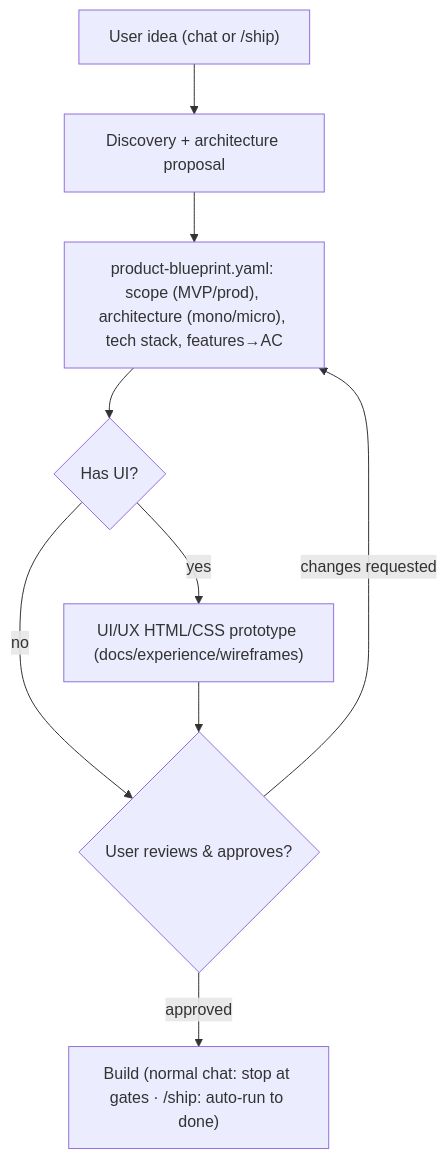
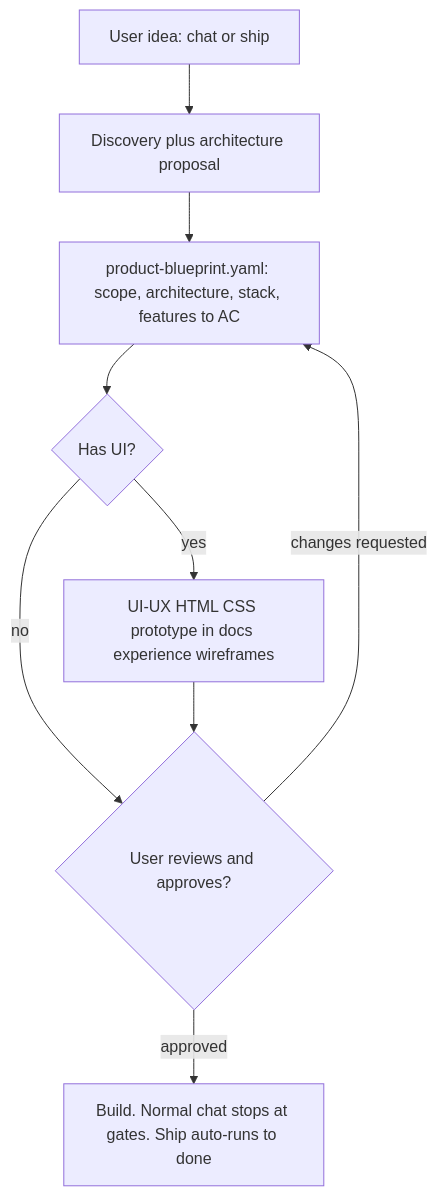
Before and after one commit to ryan-nguyen-01/agent-workspace: the ninth of 10 diagrams in .maestro/engine/docs/visual-flow.md, drawn with Mermaid. The commit also changed other lines of this file and 8 other files, not shown here.

First line of the commit message:
fix(diagrams): mermaid-safe syntax + single source; docs link to visual-flow

````diff
--- a/.maestro/engine/docs/visual-flow.md
+++ b/.maestro/engine/docs/visual-flow.md
@@ -144,11 +148,11 @@
 ```mermaid
 flowchart TD
-  IDEA["User idea (chat or /ship)"] --> DISC["Discovery + architecture proposal"]
-  DISC --> BP["product-blueprint.yaml: scope (MVP/prod), architecture (mono/micro), tech stack, features→AC"]
+  IDEA["User idea: chat or ship"] --> DISC["Discovery plus architecture proposal"]
+  DISC --> BP["product-blueprint.yaml: scope, architecture, stack, features to AC"]
   BP --> UX{"Has UI?"}
-  UX -->|yes| PROTO["UI/UX HTML/CSS prototype (docs/experience/wireframes)"]
-  UX -->|no| REV{"User reviews & approves?"}
+  UX -->|yes| PROTO["UI-UX HTML CSS prototype in docs experience wireframes"]
+  UX -->|no| REV{"User reviews and approves?"}
   PROTO --> REV
   REV -->|changes requested| BP
-  REV -->|approved| BUILD["Build (normal chat: stop at gates · /ship: auto-run to done)"]
+  REV -->|approved| BUILD["Build. Normal chat stops at gates. Ship auto-runs to done"]
 ```
````
